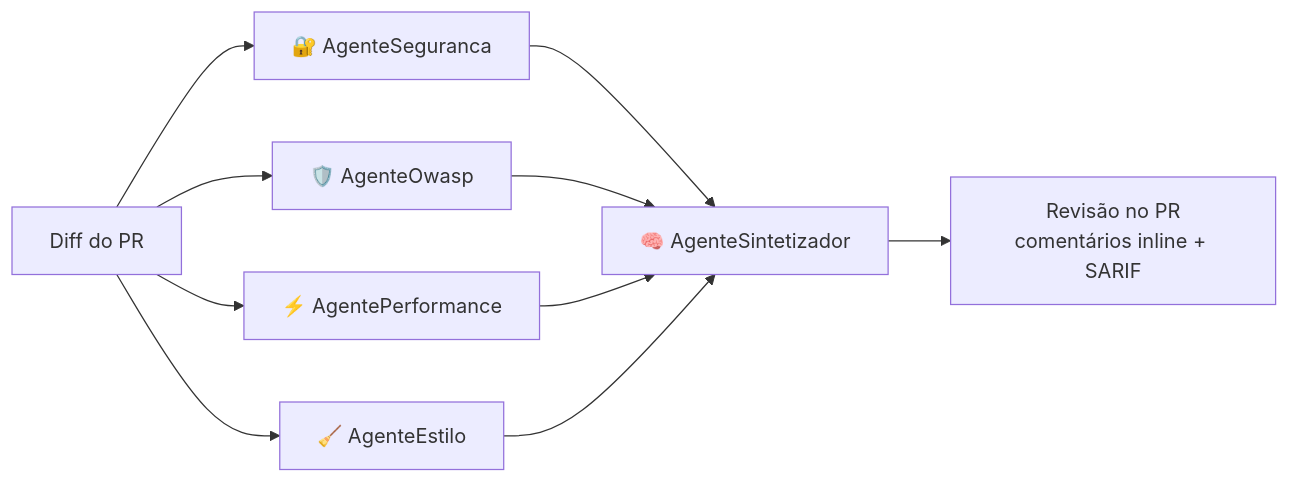
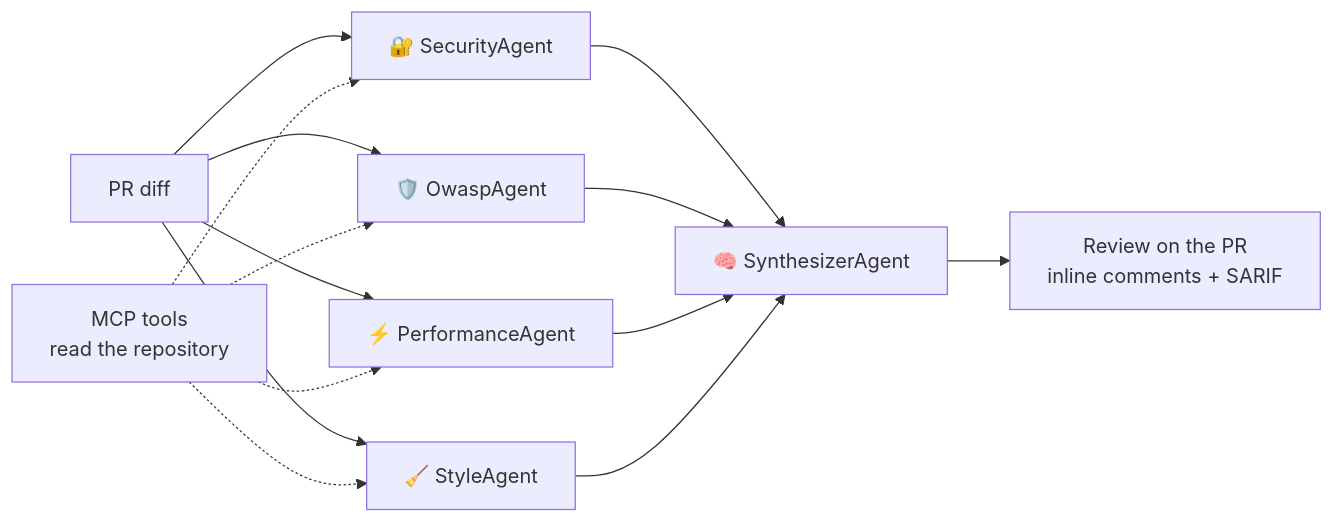
Before and after one commit to Cosmess/code-review-crew: the diagram in README.md, drawn with Mermaid. The commit also changed other lines of this file and 47 other files, not shown here.

````diff
--- a/README.md
+++ b/README.md
@@ -14,12 +21,13 @@
 ```mermaid
 flowchart LR
-    D[Diff do PR] --> S1[🔐 AgenteSeguranca]
-    D --> S2[🛡️ AgenteOwasp]
-    D --> S3[⚡ AgentePerformance]
-    D --> S4[🧹 AgenteEstilo]
-    S1 --> Y[🧠 AgenteSintetizador]
+    D[PR diff] --> S1[🔐 SecurityAgent]
+    D --> S2[🛡️ OwaspAgent]
+    D --> S3[⚡ PerformanceAgent]
+    D --> S4[🧹 StyleAgent]
+    M[MCP tools<br/>read the repository] -.-> S1 & S2 & S3 & S4
+    S1 --> Y[🧠 SynthesizerAgent]
     S2 --> Y
     S3 --> Y
     S4 --> Y
-    Y --> R[Revisão no PR<br/>comentários inline + SARIF]
+    Y --> R[Review on the PR<br/>inline comments + SARIF]
 ```
````
